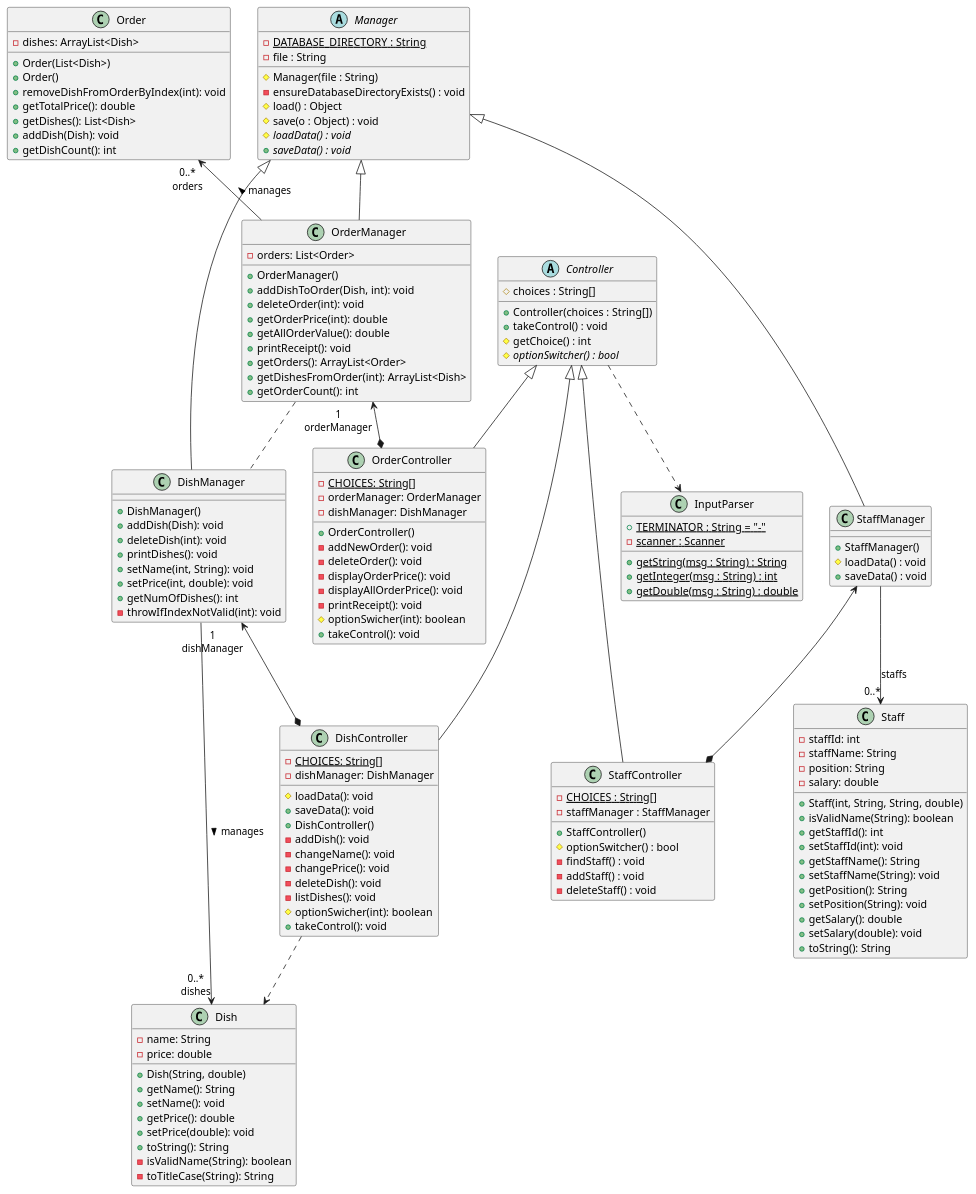
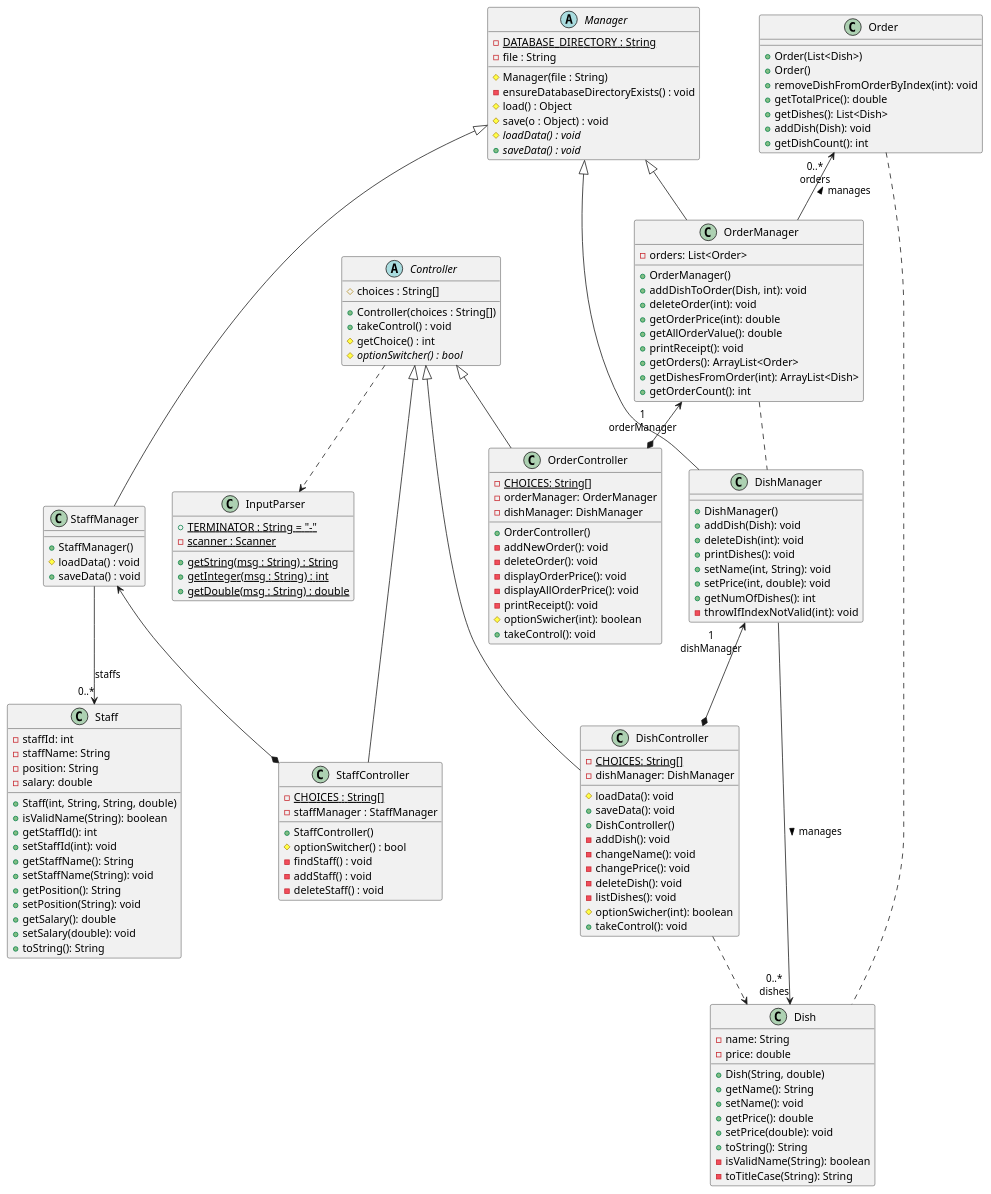
Before and after one commit to nus-cs2113-AY2122S2/tp: the diagram in docs/uml/class/all.puml, drawn with PlantUML.

Commit message:
update order class diagram

```diff
--- a/docs/uml/class/all.puml
+++ b/docs/uml/class/all.puml
@@ -1,161 +1,161 @@
 @startuml
 abstract class Manager {
 -{static}DATABASE_DIRECTORY : String
 -file : String
 #Manager(file : String)
 -ensureDatabaseDirectoryExists() : void
 #load() : Object
 #save(o : Object) : void
 #{abstract}loadData() : void
 +{abstract}saveData() : void
 }
 
 class StaffManager {
 +StaffManager()
 #loadData() : void
 +saveData() : void
 }
 
 abstract class Controller {
 #choices : String[]
 +Controller(choices : String[])
 +takeControl() : void
 #getChoice() : int
 #{abstract}optionSwitcher() : bool
 }
 
 class StaffController {
 -{static}CHOICES : String[]
 -staffManager : StaffManager
 +StaffController()
 #optionSwitcher() : bool
 -findStaff() : void
 -addStaff() : void
 -deleteStaff() : void
 }
 
 class Staff {
     -staffId: int
     -staffName: String
     -position: String
     -salary: double
     +Staff(int, String, String, double)
     +isValidName(String): boolean
     +getStaffId(): int
     +setStaffId(int): void
     +getStaffName(): String
     +setStaffName(String): void
     +getPosition(): String
     +setPosition(String): void
     +getSalary(): double
     +setSalary(double): void
     +toString(): String
 }
 
 class InputParser {
 +{static}TERMINATOR : String = "-"
 -{static}scanner : Scanner
 +{static}getString(msg : String) : String
 +{static}getInteger(msg : String) : int
 +{static}getDouble(msg : String) : double
 }
 
 class Dish {
     -name: String
     -price: double
     +Dish(String, double)
     +getName(): String
     +setName(): void
     +getPrice(): double
     +setPrice(double): void
     +toString(): String
     -isValidName(String): boolean
     -toTitleCase(String): String
 }
 
 class DishManager {
     +DishManager()
     +addDish(Dish): void
     +deleteDish(int): void
     +printDishes(): void
     +setName(int, String): void
     +setPrice(int, double): void
     +getNumOfDishes(): int
     -throwIfIndexNotValid(int): void
 }
 
 class DishController {
     -{static}CHOICES: String[]
     -dishManager: DishManager
     #loadData(): void
     +saveData(): void
     +DishController()
     -addDish(): void
     -changeName(): void
     -changePrice(): void
     -deleteDish(): void
     -listDishes(): void
     #optionSwicher(int): boolean
     +takeControl(): void
 }
 
 class Order {
-    -dishes: ArrayList<Dish>
     +Order(List<Dish>)
     +Order()
     +removeDishFromOrderByIndex(int): void
     +getTotalPrice(): double
     +getDishes(): List<Dish>
     +addDish(Dish): void
     +getDishCount(): int
 }
 
 class OrderManager {
     -orders: List<Order>
     +OrderManager()
     +addDishToOrder(Dish, int): void
     +deleteOrder(int): void
     +getOrderPrice(int): double
     +getAllOrderValue(): double
     +printReceipt(): void
     +getOrders(): ArrayList<Order>
     +getDishesFromOrder(int): ArrayList<Dish>
     +getOrderCount(): int
 }
 
 class OrderController {
     -{static}CHOICES: String[]
     -orderManager: OrderManager
     -dishManager: DishManager
     +OrderController()
     -addNewOrder(): void
     -deleteOrder(): void
     -displayOrderPrice(): void
     -displayAllOrderPrice(): void
     -printReceipt(): void
     #optionSwicher(int): boolean
     +takeControl(): void
 }
 
 'Staff relations
 Manager <|--- StaffManager
 StaffManager <--* StaffController
 Controller <|--- StaffController
 Controller ..> InputParser
 StaffManager --> "0..*" Staff : staffs
 
 'Dish relations
 Manager <|-- DishManager
 Controller <|-- DishController
 Dish "0..*\ndishes" <-- DishManager: manages <
 DishManager "1\ndishManager" <--* DishController
 DishController .-> Dish
 
 'Order relations
 Manager <|-- OrderManager
 Controller <|-- OrderController
 Order "0..*\norders" <-- OrderManager: manages <
 OrderManager "1\norderManager" <--* OrderController
 OrderManager .. DishManager
+Order .. Dish
 
 @enduml
```
